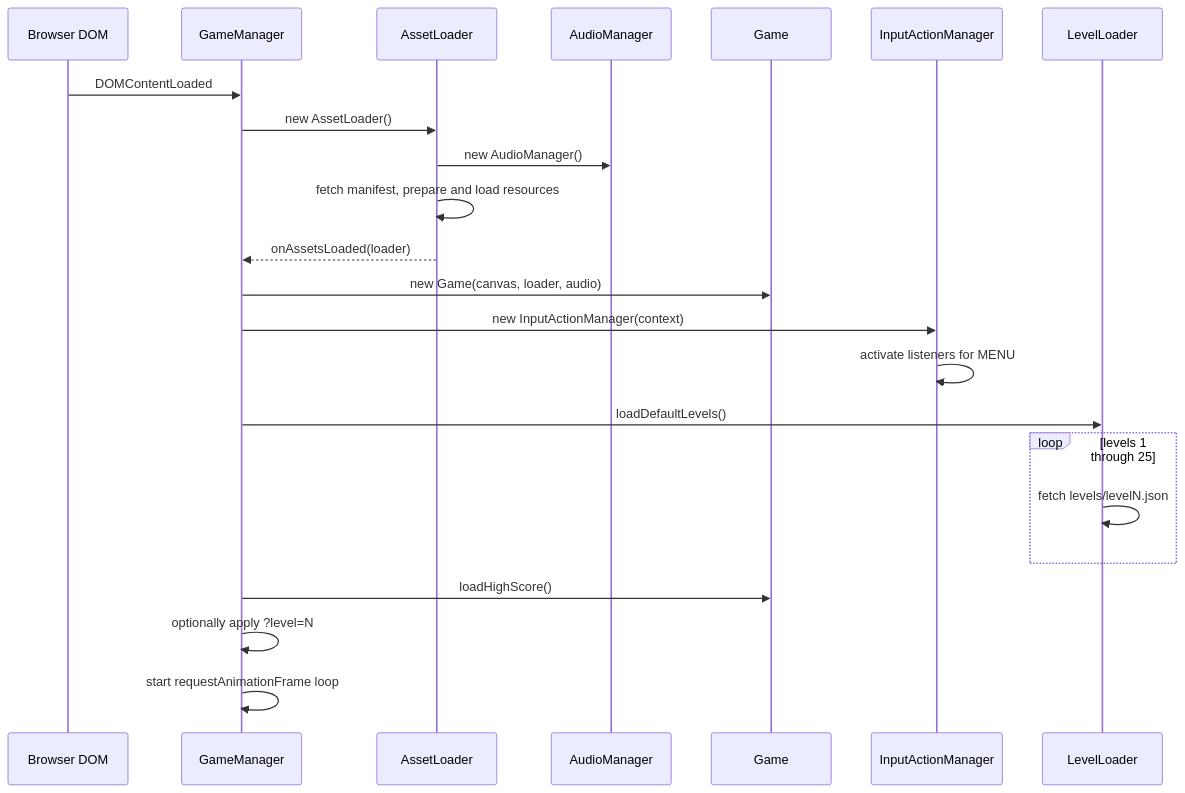
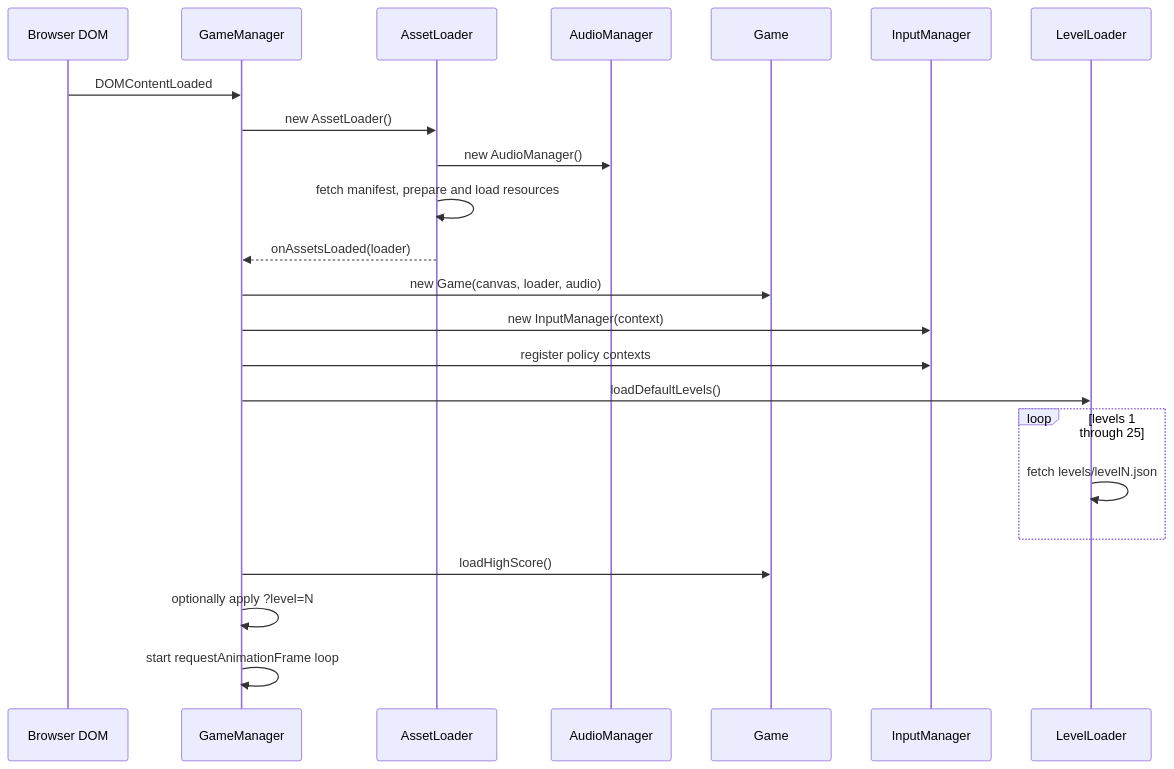
Before and after one commit to Newah1/SpacedPenguin: the fourth of 15 diagrams in ARCHITECTURE.md, drawn with Mermaid. The commit also changed other lines of this file and 27 other files, not shown here.

Commit message:
Added input manager

````diff
--- a/ARCHITECTURE.md
+++ b/ARCHITECTURE.md
@@ -164,26 +164,26 @@
 ```mermaid
 sequenceDiagram
     participant DOM as Browser DOM
     participant GM as GameManager
     participant AL as AssetLoader
     participant AM as AudioManager
     participant G as Game
-    participant IA as InputActionManager
+    participant IA as InputManager
     participant LL as LevelLoader
 
     DOM->>GM: DOMContentLoaded
     GM->>AL: new AssetLoader()
     AL->>AM: new AudioManager()
     AL->>AL: fetch manifest, prepare and load resources
     AL-->>GM: onAssetsLoaded(loader)
     GM->>G: new Game(canvas, loader, audio)
-    GM->>IA: new InputActionManager(context)
-    IA->>IA: activate listeners for MENU
+    GM->>IA: new InputManager(context)
+    GM->>IA: register policy contexts
     GM->>LL: loadDefaultLevels()
     loop levels 1 through 25
         LL->>LL: fetch levels/levelN.json
     end
     GM->>G: loadHighScore()
     GM->>GM: optionally apply ?level=N
     GM->>GM: start requestAnimationFrame loop
 ```
````
